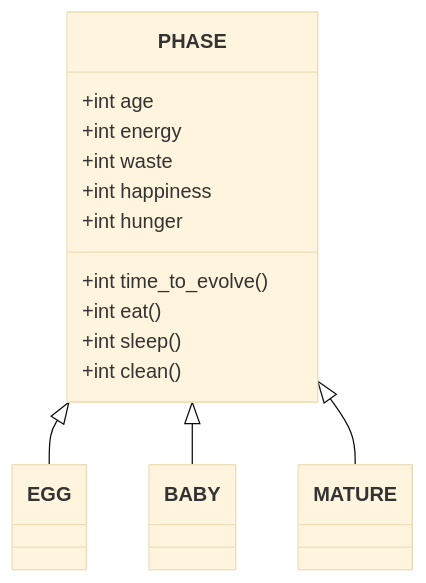
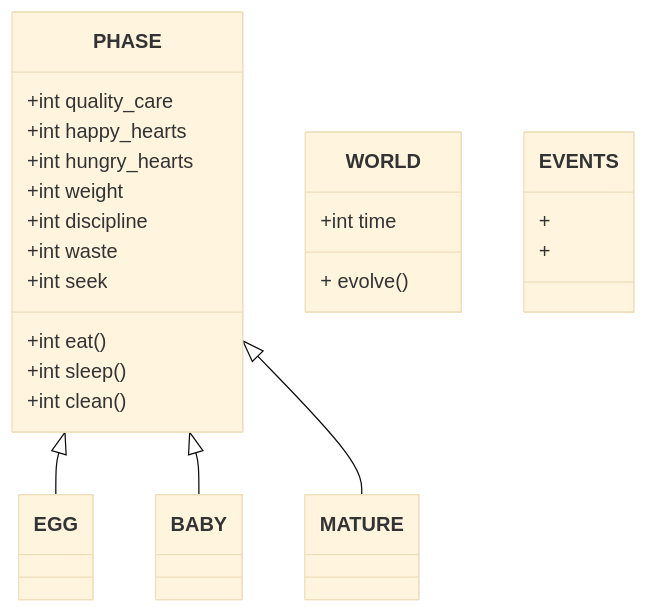
One commit to adebiasi/tamagotchi changed the fourth of 4 diagrams in Tamagotchi.md. Above: the diagram before and after it, drawn with Mermaid (base theme). The commit also changed other lines of this file, not shown here.

````diff
--- a/Tamagotchi.md
+++ b/Tamagotchi.md
@@ -24,21 +43,33 @@
 ```mermaid
   classDiagram
     PHASE <|-- EGG
     PHASE <|-- BABY
     PHASE <|-- MATURE
-    PHASE: +int age
-    PHASE: +int energy
-    PHASE: +int waste
-    PHASE: +int happiness
-    PHASE: +int hunger
-    PHASE: +int time_to_evolve()
+    PHASE: +int quality_care
+    PHASE: +int happy_hearts
+    PHASE: +int hungry_hearts
+    PHASE: +int weight 
+    PHASE: +int discipline 
+    PHASE: +int waste    
+    PHASE: +int seek
+    
+    
     PHASE: +int eat()
     PHASE: +int sleep()
     PHASE: +int clean()
     class EGG{
     }
     class BABY{
     }
     class MATURE{
     }
+    class WORLD{
+    +int time
+    + evolve()
+    }
+    
+    class EVENTS{
+    +
+    + 
+    }
 ```
````
